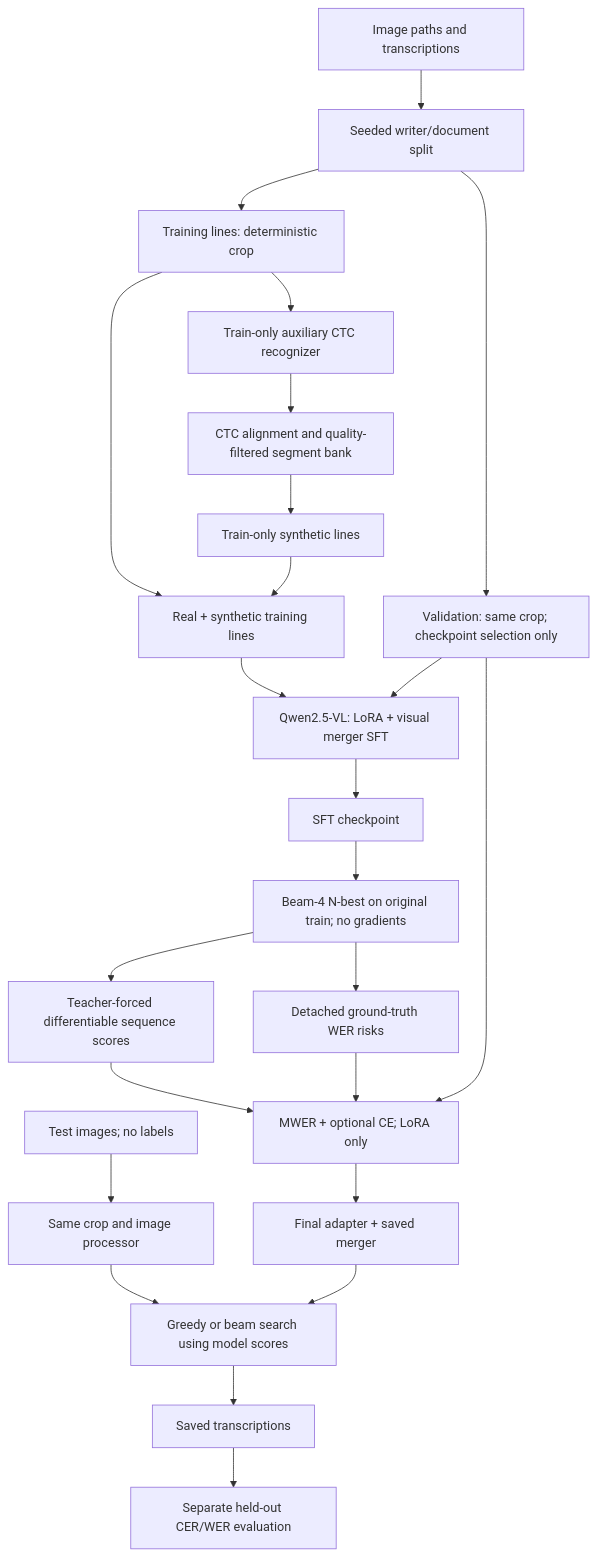
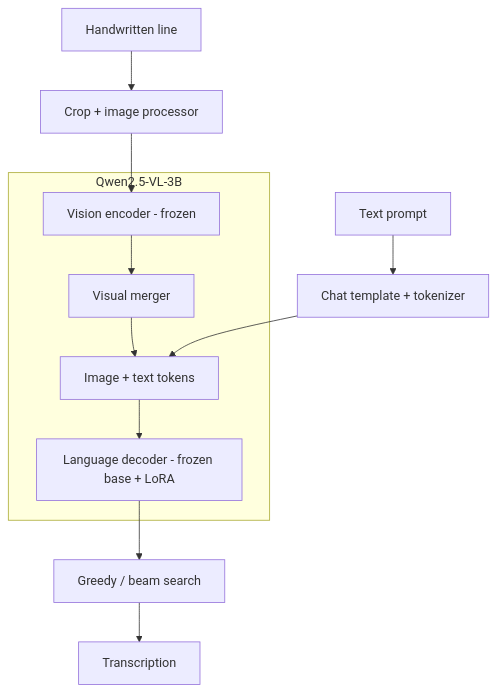
Before and after one commit to xx-enghuck/historical-handwriting-qwen: the diagram in README.md, drawn with Mermaid. The commit also changed other lines of this file and 34 other files, not shown here.

````diff
--- a/README.md
+++ b/README.md
@@ -25,26 +8,16 @@
 ```mermaid
 flowchart TD
-  A[Image paths and transcriptions] --> B[Seeded writer/document split]
-  B --> C[Training lines: deterministic crop]
-  B --> V[Validation: same crop; checkpoint selection only]
-  C --> D[Train-only auxiliary CTC recognizer]
-  D --> E[CTC alignment and quality-filtered segment bank]
-  E --> F[Train-only synthetic lines]
-  C --> G[Real + synthetic training lines]
-  F --> G
-  G --> H[Qwen2.5-VL: LoRA + visual merger SFT]
-  H --> I[SFT checkpoint]
-  I --> J[Beam-4 N-best on original train; no gradients]
-  J --> K[Teacher-forced differentiable sequence scores]
-  J --> L[Detached ground-truth WER risks]
-  K --> M[MWER + optional CE; LoRA only]
-  L --> M
-  V --> H
-  V --> M
-  M --> N[Final adapter + saved merger]
-  T[Test images; no labels] --> U[Same crop and image processor]
-  U --> O[Greedy or beam search using model scores]
-  N --> O
-  O --> P[Saved transcriptions]
-  P --> Q[Separate held-out CER/WER evaluation]
+    I[Handwritten line] --> C[Crop + image processor]
+    P[Text prompt] --> T[Chat template + tokenizer]
+
+    subgraph Q[Qwen2.5-VL-3B]
+        V[Vision encoder - frozen] --> M[Visual merger]
+        M --> F[Image + text tokens]
+        F --> L[Language decoder - frozen base + LoRA]
+    end
+
+    C --> V
+    T --> F
+    L --> D[Greedy / beam search]
+    D --> O[Transcription]
 ```
````
